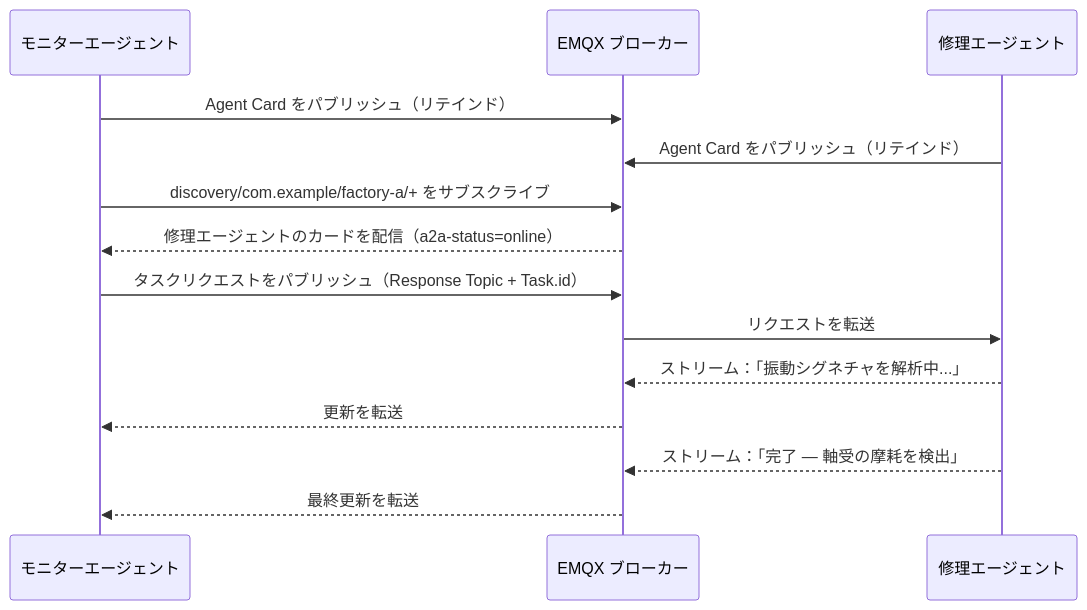
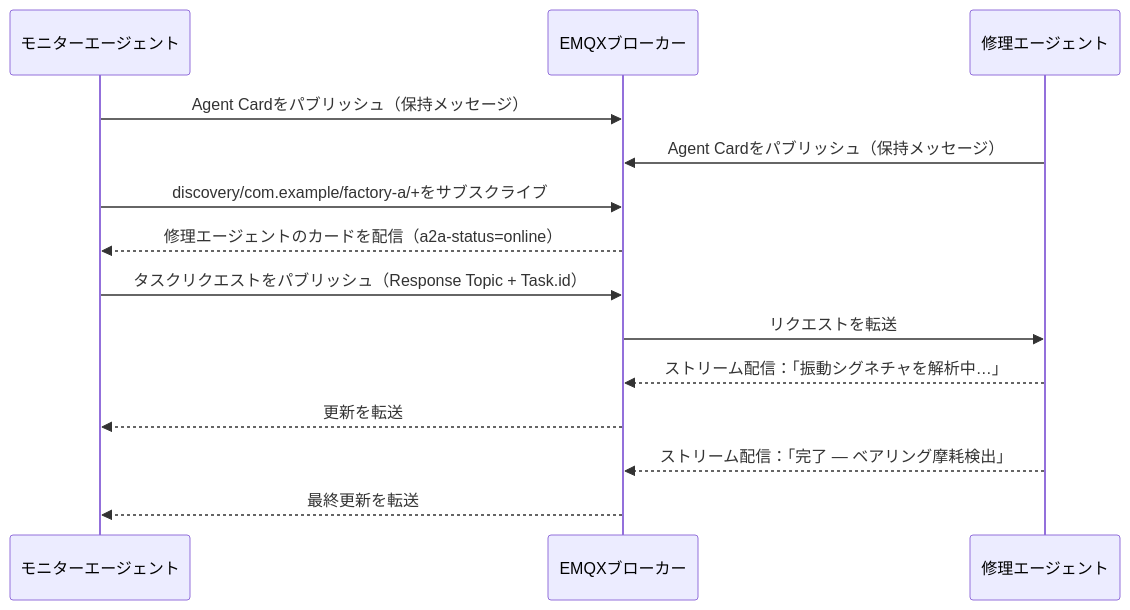
The second of 2 diagrams in ja_JP/emqx-ai/a2a-over-mqtt/architecture.md (emqx/emqx-docs), drawn with Mermaid before and after one commit. The commit also changed other lines of this file and 45 other files, not shown here.

````diff
--- a/ja_JP/emqx-ai/a2a-over-mqtt/architecture.md
+++ b/ja_JP/emqx-ai/a2a-over-mqtt/architecture.md
@@ -153,17 +153,17 @@
 ```mermaid
 sequenceDiagram
     participant M as モニターエージェント
-    participant E as EMQX ブローカー
+    participant E as EMQXブローカー
     participant R as 修理エージェント
 
-    M->>E: Agent Card をパブリッシュ（リテインド）
-    R->>E: Agent Card をパブリッシュ（リテインド）
-    M->>E: discovery/com.example/factory-a/+ をサブスクライブ
+    M->>E: Agent Cardをパブリッシュ（保持メッセージ）
+    R->>E: Agent Cardをパブリッシュ（保持メッセージ）
+    M->>E: discovery/com.example/factory-a/+をサブスクライブ
     E-->>M: 修理エージェントのカードを配信（a2a-status=online）
     M->>E: タスクリクエストをパブリッシュ（Response Topic + Task.id）
     E->>R: リクエストを転送
-    R-->>E: ストリーム：「振動シグネチャを解析中...」
+    R-->>E: ストリーム配信：「振動シグネチャを解析中…」
     E-->>M: 更新を転送
-    R-->>E: ストリーム：「完了 — 軸受の摩耗を検出」
+    R-->>E: ストリーム配信：「完了 — ベアリング摩耗検出」
     E-->>M: 最終更新を転送
 ```
````
